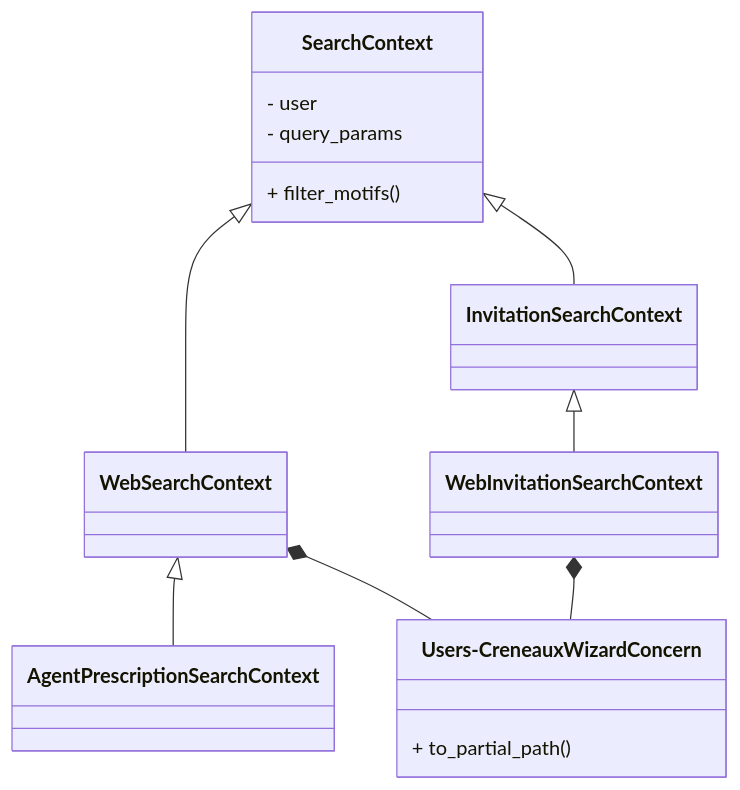
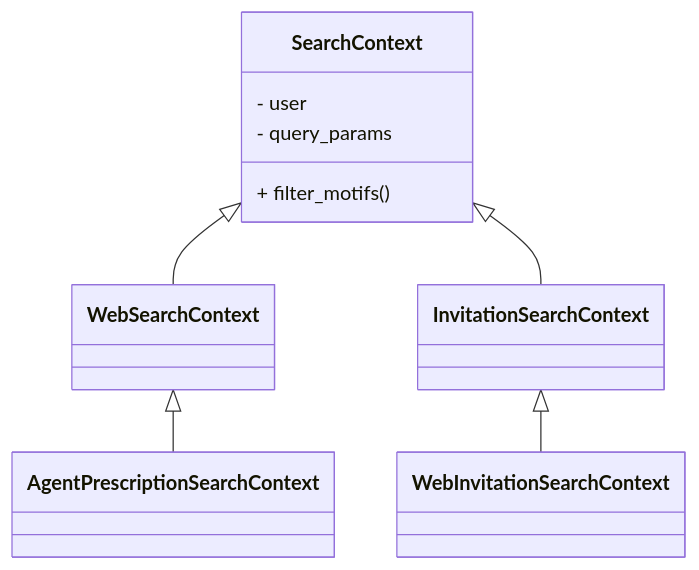
Before and after one commit to betagouv/rdv-service-public: the diagram in docs/4-notes-techniques.md, drawn with Mermaid.

Commit message:
update mermaid diagram

````diff
--- a/docs/4-notes-techniques.md
+++ b/docs/4-notes-techniques.md
@@ -164,18 +164,13 @@
 ```mermaid
 classDiagram
   WebSearchContext <|-- AgentPrescriptionSearchContext
   SearchContext <|-- WebSearchContext
-  WebSearchContext *-- Users-CreneauxWizardConcern
   InvitationSearchContext <|-- WebInvitationSearchContext
   SearchContext <|-- InvitationSearchContext
-  WebInvitationSearchContext *-- Users-CreneauxWizardConcern
 
-  class Users-CreneauxWizardConcern {
-    + to_partial_path()
-  }
   class SearchContext {
     - user
     - query_params
     + filter_motifs()
   }
 ```
````
